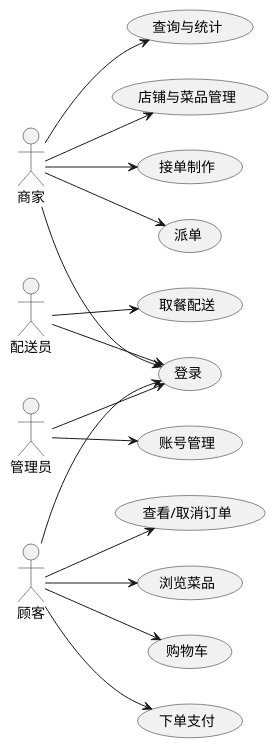
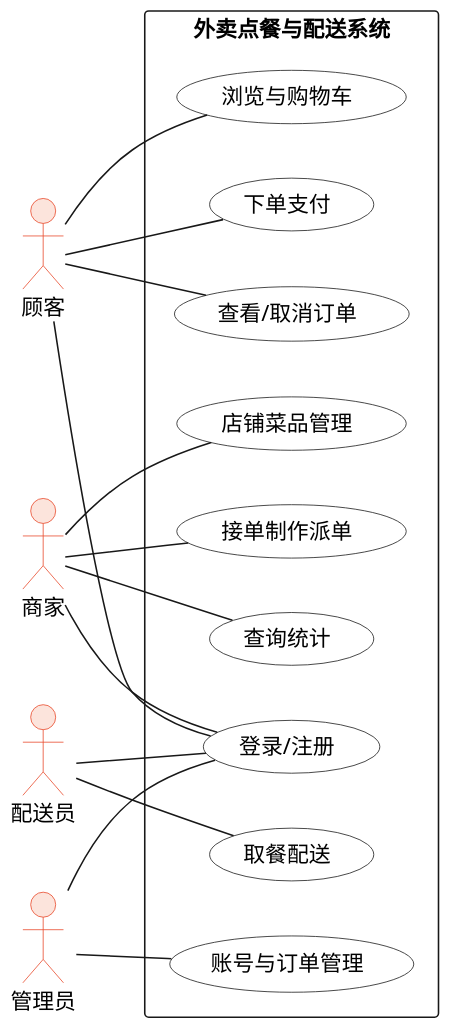
The diagram in UML/UML用例图.puml (shenningxin-lab/software-engineering-lab), drawn with PlantUML before and after one commit. The commit also changed 23 other files, not shown here.

Commit message:
实验二：保存人工修改后的 UML 与 UI 设计

```diff
--- a/UML/UML用例图.puml
+++ b/UML/UML用例图.puml
@@ -1,40 +1,39 @@
 @startuml
 skinparam defaultFontName "Microsoft YaHei"
+skinparam shadowing false
+skinparam dpi 150
 left to right direction
+skinparam actorBackgroundColor #FCE4DC
+skinparam actorBorderColor #E8482A
+skinparam usecaseBackgroundColor #FFFFFF
 
 actor "顾客" as C
 actor "商家" as M
 actor "配送员" as D
 actor "管理员" as A
 
-usecase "登录" as UC0
-usecase "浏览菜品" as UC1
-usecase "购物车" as UC2
-usecase "下单支付" as UC3
-usecase "查看/取消订单" as UC4
-usecase "店铺与菜品管理" as UC5
-usecase "接单制作" as UC6
-usecase "派单" as UC7
-usecase "查询与统计" as UC8
-usecase "取餐配送" as UC9
-usecase "账号管理" as UC10
+rectangle "外卖点餐与配送系统" {
+  usecase "登录/注册" as UC1
+  usecase "浏览与购物车" as UC2
+  usecase "下单支付" as UC3
+  usecase "查看/取消订单" as UC4
+  usecase "店铺菜品管理" as UC5
+  usecase "接单制作派单" as UC6
+  usecase "查询统计" as UC7
+  usecase "取餐配送" as UC8
+  usecase "账号与订单管理" as UC9
+}
 
-C --> UC0
-M --> UC0
-D --> UC0
-A --> UC0
-
-C --> UC1
-C --> UC2
-C --> UC3
-C --> UC4
-
-M --> UC5
-M --> UC6
-M --> UC7
-M --> UC8
-
-D --> UC9
-
-A --> UC10
+C -- UC1
+C -- UC2
+C -- UC3
+C -- UC4
+M -- UC1
+M -- UC5
+M -- UC6
+M -- UC7
+D -- UC1
+D -- UC8
+A -- UC1
+A -- UC9
 @enduml
```
